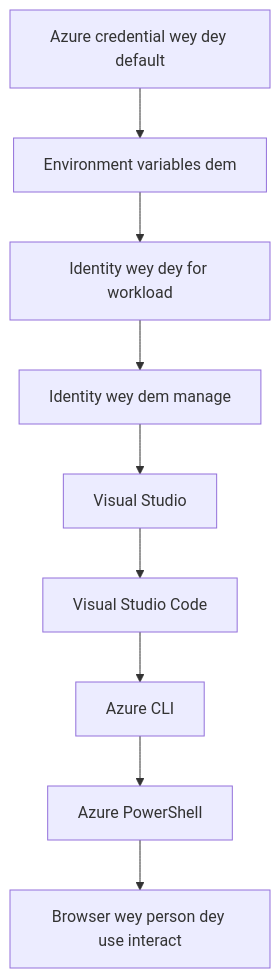
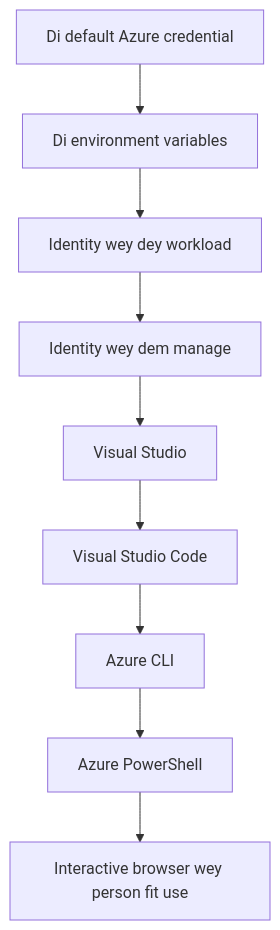
The second of 2 diagrams in translations/pcm/docs/chapter-01-foundation/azd-basics.md (microsoft/AZD-for-beginners), drawn with Mermaid before and after one commit. The commit also changed other lines of this file and 101 other files, not shown here.

````diff
--- a/translations/pcm/docs/chapter-01-foundation/azd-basics.md
+++ b/translations/pcm/docs/chapter-01-foundation/azd-basics.md
@@ -593,11 +593,11 @@
 ```mermaid
 graph TD
-    A[Azure credential wey dey default] --> B[Environment variables dem]
-    B --> C[Identity wey dey for workload]
+    A[Di default Azure credential] --> B[Di environment variables]
+    B --> C[Identity wey dey workload]
     C --> D[Identity wey dem manage]
     D --> E[Visual Studio]
     E --> F[Visual Studio Code]
     F --> G[Azure CLI]
     G --> H[Azure PowerShell]
-    H --> I[Browser wey person dey use interact]
+    H --> I[Interactive browser wey person fit use]
 ```
````
